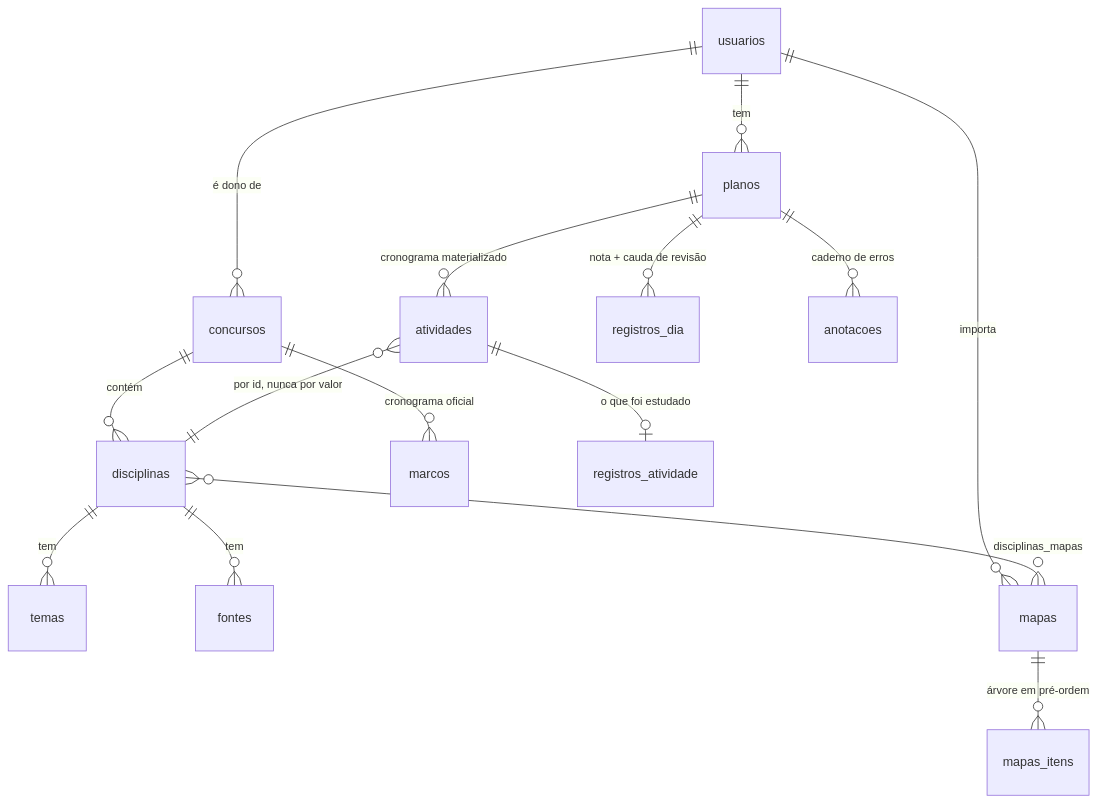
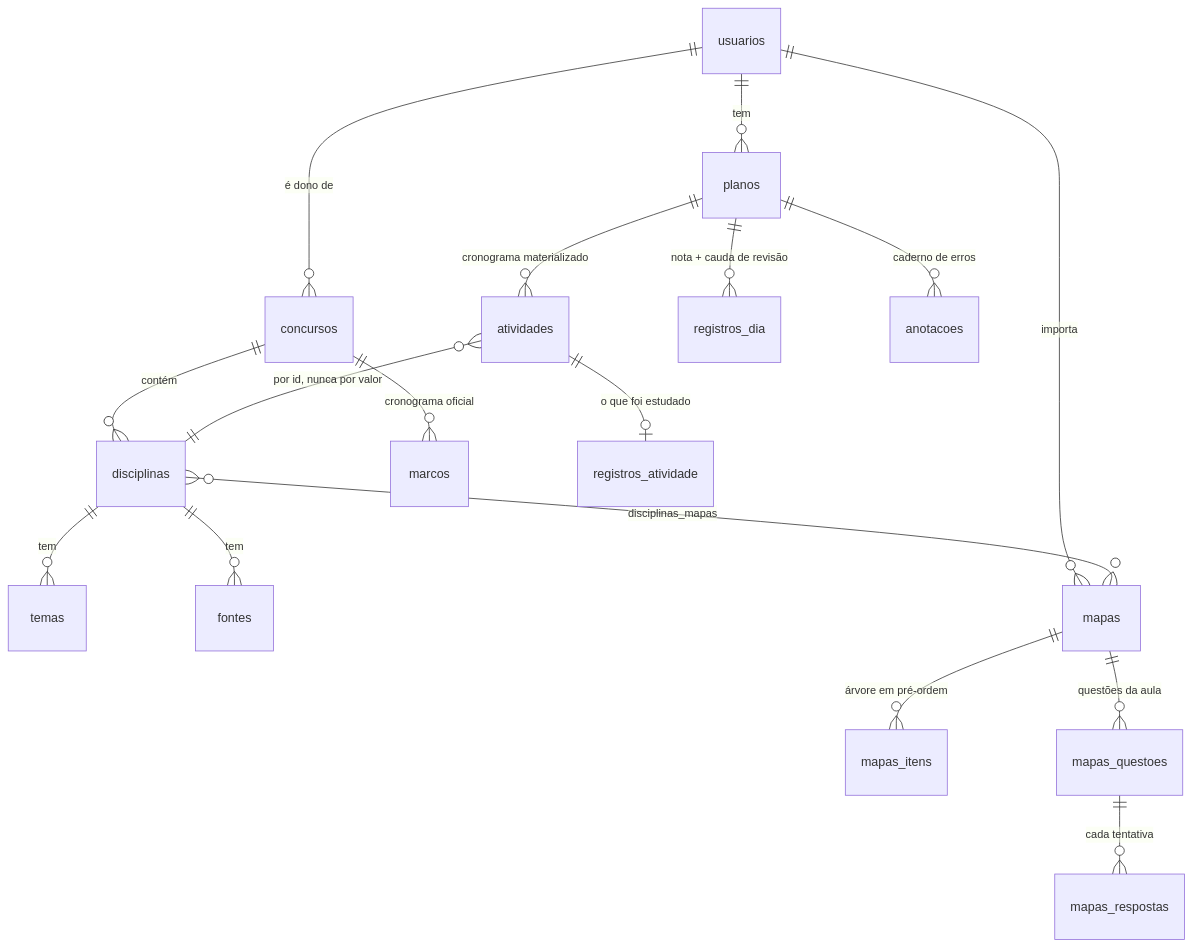
One commit to caetasousa/studygo changed the second of 2 diagrams in docs/arquitetura.md. Above: the diagram before and after it, drawn with Mermaid. The commit also changed other lines of this file and 27 other files, not shown here.

````diff
--- a/docs/arquitetura.md
+++ b/docs/arquitetura.md
@@ -106,17 +106,19 @@
 ```mermaid
 erDiagram
     usuarios  ||--o{ concursos : "é dono de"
     usuarios  ||--o{ planos : tem
     concursos ||--o{ disciplinas : contém
     disciplinas ||--o{ temas : tem
     disciplinas ||--o{ fontes : tem
     concursos ||--o{ marcos : "cronograma oficial"
     planos    ||--o{ atividades : "cronograma materializado"
     atividades ||--o| registros_atividade : "o que foi estudado"
     atividades }o--|| disciplinas : "por id, nunca por valor"
     planos    ||--o{ registros_dia : "nota + cauda de revisão"
     planos    ||--o{ anotacoes : "caderno de erros"
     usuarios  ||--o{ mapas : "importa"
     mapas     ||--o{ mapas_itens : "árvore em pré-ordem"
+    mapas     ||--o{ mapas_questoes : "questões da aula"
+    mapas_questoes ||--o{ mapas_respostas : "cada tentativa"
     disciplinas }o--o{ mapas : "disciplinas_mapas"
 ```
````
